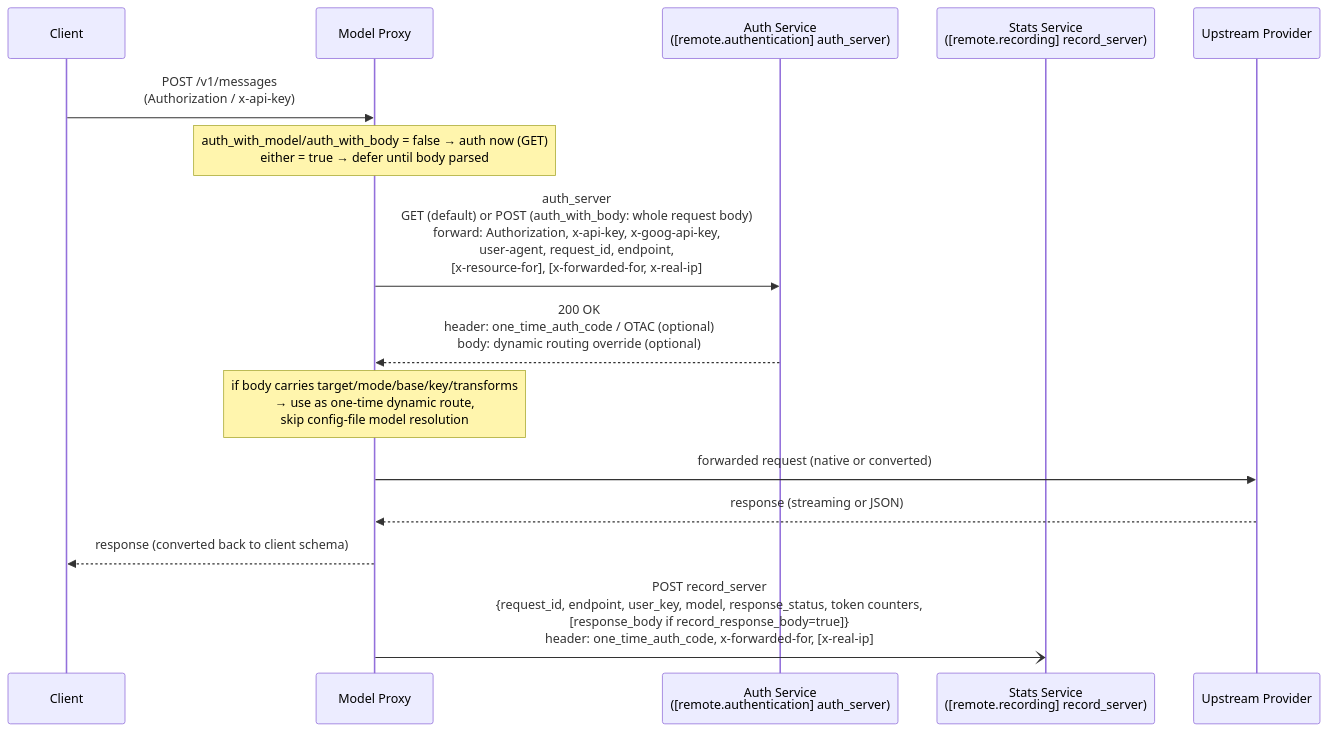
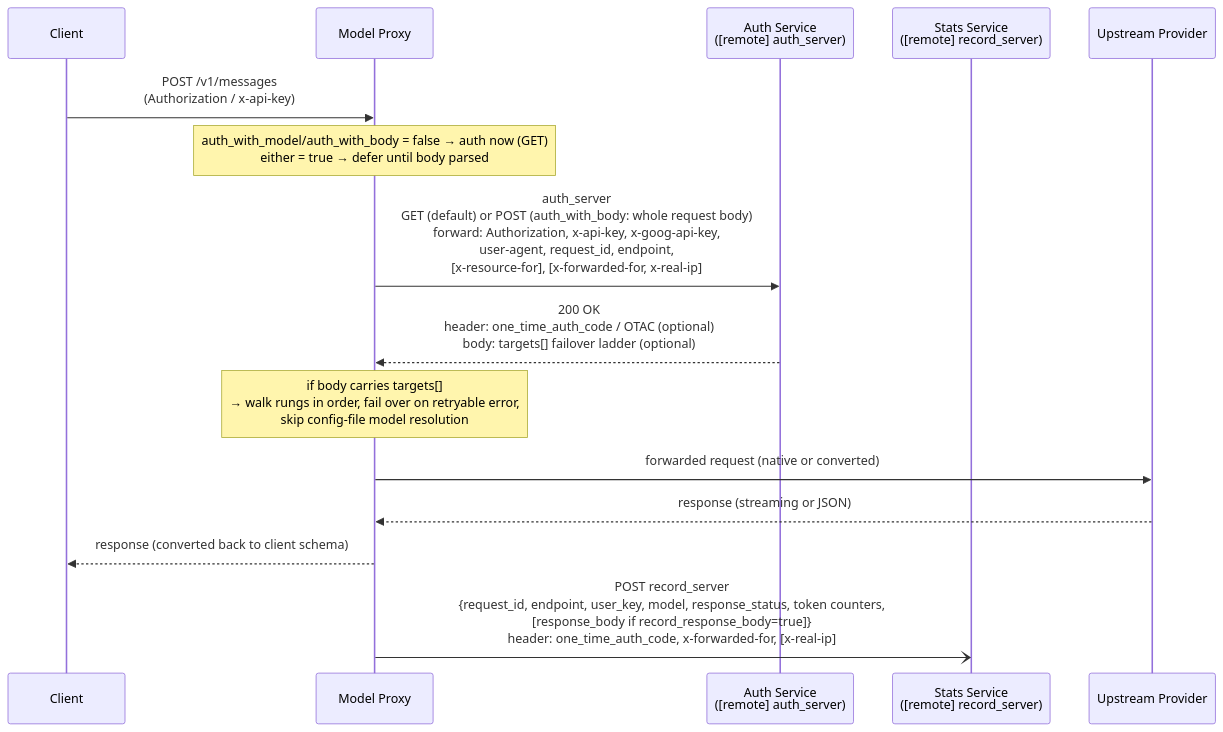
The diagram in README.md (qidu/model_proxy_v3), drawn with Mermaid before and after one commit. The commit also changed other lines of this file and 27 other files, not shown here.

Commit message:
feat(auth) Impl remote auth with multipule targets retrying on uptreaming stage at proxy.

````diff
--- a/README.md
+++ b/README.md
@@ -41,18 +41,18 @@
 ```mermaid
 sequenceDiagram
     participant C as Client
     participant P as Model Proxy
-    participant A as Auth Service<br/>([remote.authentication] auth_server)
-    participant S as Stats Service<br/>([remote.recording] record_server)
+    participant A as Auth Service<br/>([remote] auth_server)
+    participant S as Stats Service<br/>([remote] record_server)
     participant U as Upstream Provider
 
     C->>P: POST /v1/messages<br/>(Authorization / x-api-key)
     Note over P: auth_with_model/auth_with_body = false → auth now (GET)<br/>either = true → defer until body parsed
     P->>A: auth_server<br/>GET (default) or POST (auth_with_body: whole request body)<br/>forward: Authorization, x-api-key, x-goog-api-key,<br/>user-agent, request_id, endpoint,<br/>[x-resource-for], [x-forwarded-for, x-real-ip]
-    A-->>P: 200 OK<br/>header: one_time_auth_code / OTAC (optional)<br/>body: dynamic routing override (optional)
-    Note over P: if body carries target/mode/base/key/transforms<br/>→ use as one-time dynamic route,<br/>skip config-file model resolution
+    A-->>P: 200 OK<br/>header: one_time_auth_code / OTAC (optional)<br/>body: targets[] failover ladder (optional)
+    Note over P: if body carries targets[]<br/>→ walk rungs in order, fail over on retryable error,<br/>skip config-file model resolution
     P->>U: forwarded request (native or converted)
     U-->>P: response (streaming or JSON)
     P-->>C: response (converted back to client schema)
     P-)S: POST record_server<br/>{request_id, endpoint, user_key, model, response_status, token counters,<br/>[response_body if record_response_body=true]}<br/>header: one_time_auth_code, x-forwarded-for, [x-real-ip]
 ```
````
